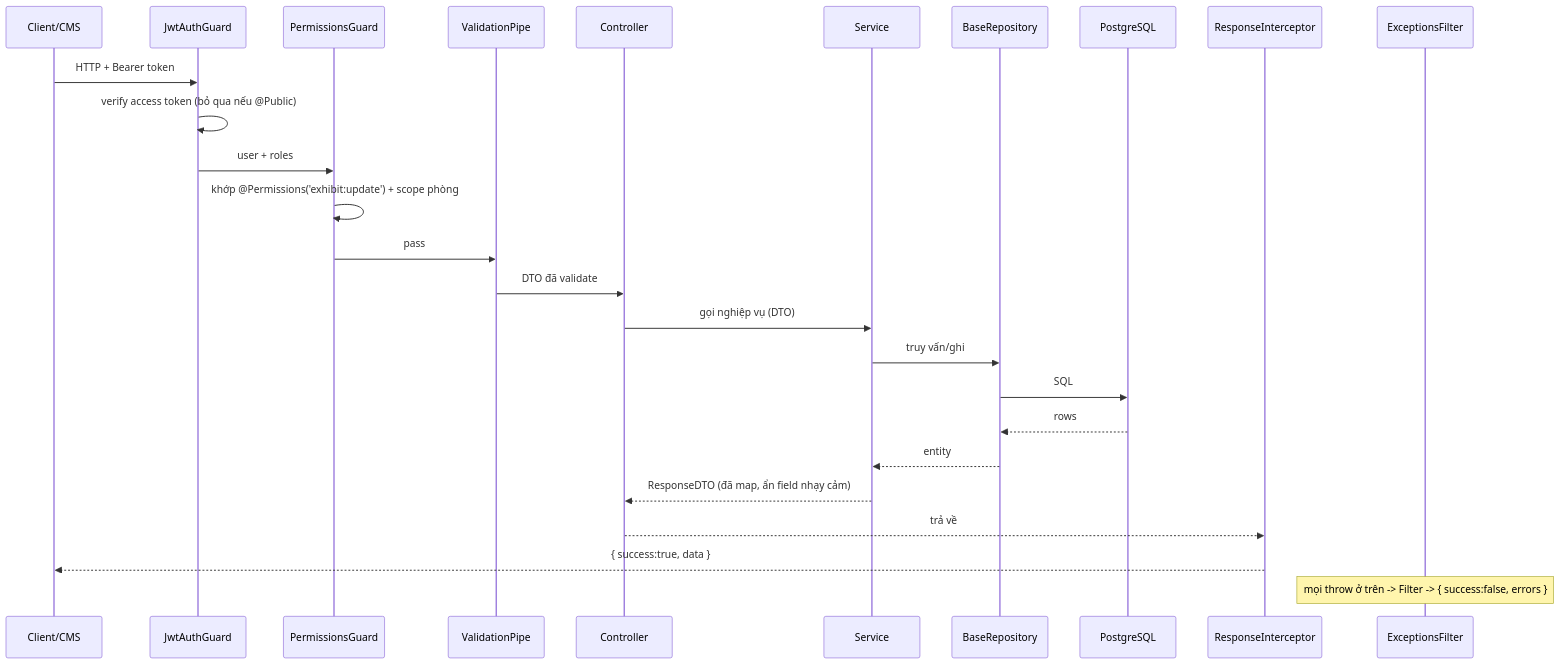
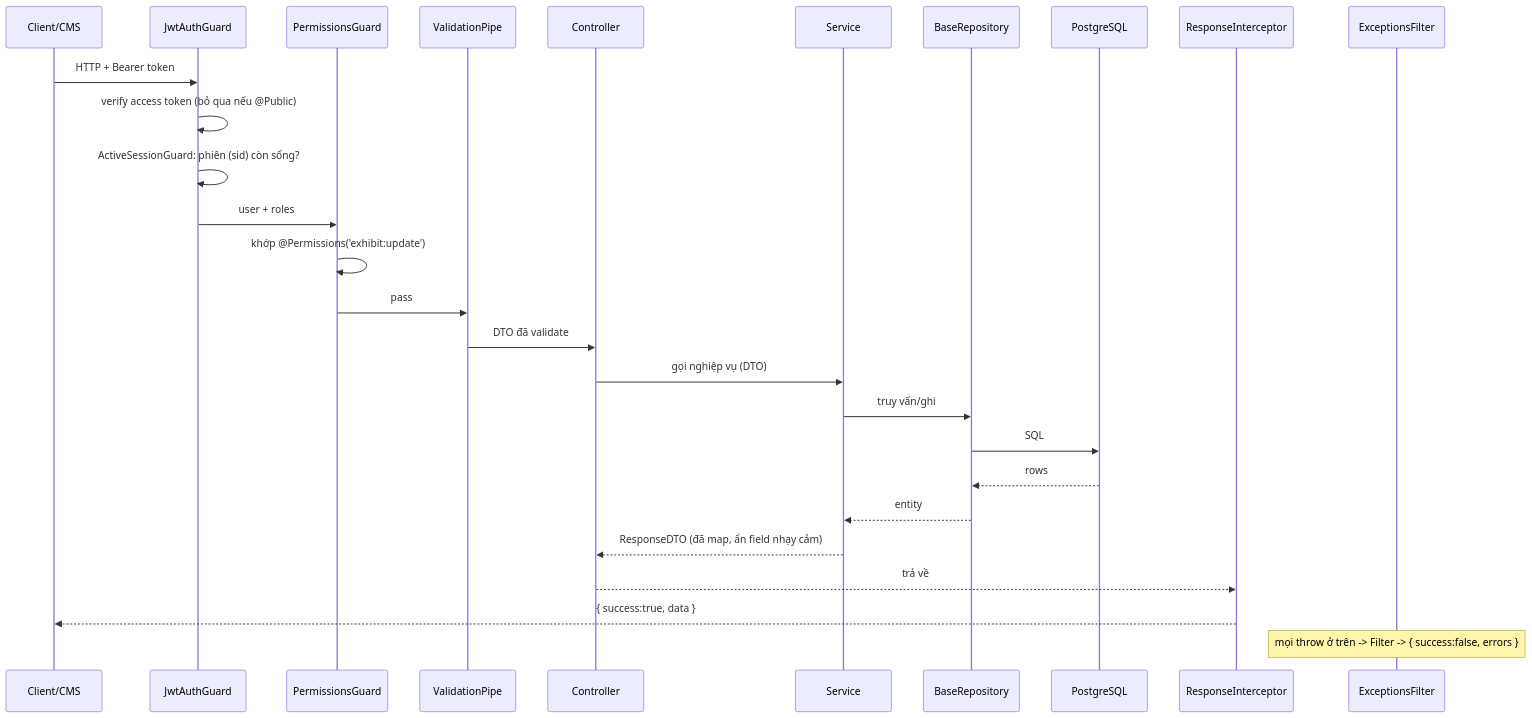
One commit to ailabs26/ailabs-museum changed the diagram in docs/architecture/02-backend-architecture.md. Above: the diagram before and after it, drawn with Mermaid. The commit also changed other lines of this file and 2 other files, not shown here.

Commit message:
docs(architecture): RBAC theo permission, bỏ mô tả phân quyền theo phòng
Code và requirements chỉ có RBAC theo resource:action; scope phòng nằm ngoài MVP.

````diff
--- a/docs/architecture/02-backend-architecture.md
+++ b/docs/architecture/02-backend-architecture.md
@@ -142,29 +142,30 @@
 ```mermaid
 sequenceDiagram
     participant C as Client/CMS
     participant G as JwtAuthGuard
     participant P as PermissionsGuard
     participant V as ValidationPipe
     participant Ctl as Controller
     participant Svc as Service
     participant Repo as BaseRepository
     participant DB as PostgreSQL
     participant I as ResponseInterceptor
     participant F as ExceptionsFilter
 
     C->>G: HTTP + Bearer token
     G->>G: verify access token (bỏ qua nếu @Public)
+    G->>G: ActiveSessionGuard: phiên (sid) còn sống?
     G->>P: user + roles
-    P->>P: khớp @Permissions('exhibit:update') + scope phòng
+    P->>P: khớp @Permissions('exhibit:update')
     P->>V: pass
     V->>Ctl: DTO đã validate
     Ctl->>Svc: gọi nghiệp vụ (DTO)
     Svc->>Repo: truy vấn/ghi
     Repo->>DB: SQL
     DB-->>Repo: rows
     Repo-->>Svc: entity
     Svc-->>Ctl: ResponseDTO (đã map, ẩn field nhạy cảm)
     Ctl-->>I: trả về
     I-->>C: { success:true, data }
     Note over F: mọi throw ở trên -> Filter -> { success:false, errors }
 ```
````
